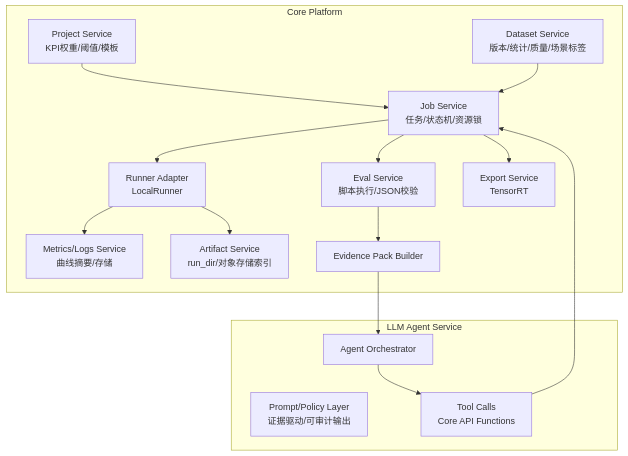
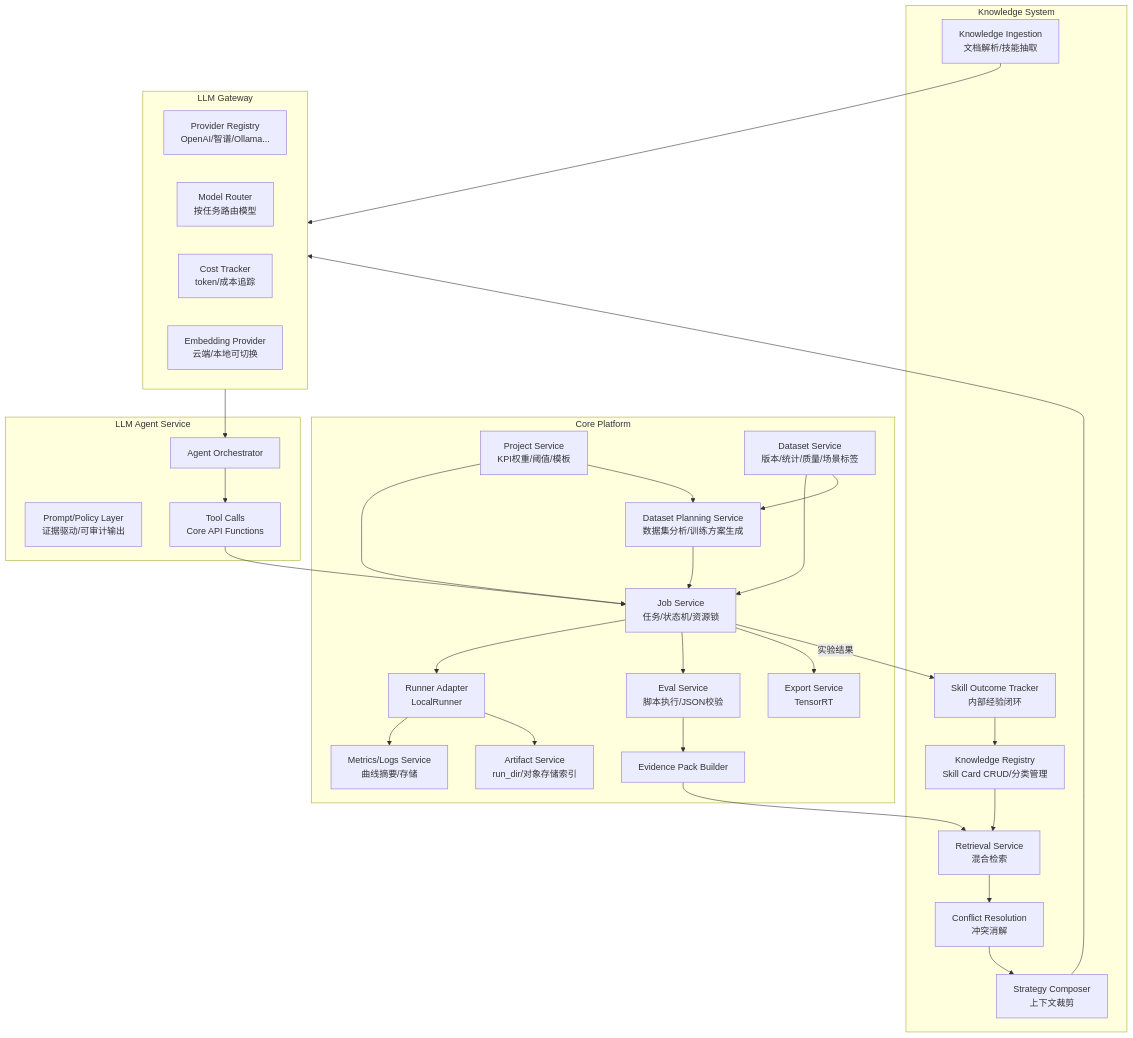
Before and after one commit to oneraylee/autopot: the diagram in docs/init/3.模块设计文档.md, drawn with Mermaid. The commit also changed other lines of this file and 14 other files, not shown here.

````diff
--- a/docs/init/3.模块设计文档.md
+++ b/docs/init/3.模块设计文档.md
@@ -4,32 +4,62 @@
 ```mermaid
 flowchart TB
   subgraph Core[Core Platform]
     P1[Project Service<br/>KPI权重/阈值/模板]
     D1[Dataset Service<br/>版本/统计/质量/场景标签]
+    DP[Dataset Planning Service<br/>数据集分析/训练方案生成]
     J1[Job Service<br/>任务/状态机/资源锁]
     R1[Runner Adapter<br/>LocalRunner]
     M1[Metrics/Logs Service<br/>曲线摘要/存储]
     A1[Artifact Service<br/>run_dir/对象存储索引]
     E1[Eval Service<br/>脚本执行/JSON校验]
     EP[Evidence Pack Builder]
     X1[Export Service<br/>TensorRT]
   end
 
-  subgraph LLM[LLM Agent Service]
+  subgraph KS[Knowledge System]
+    KI[Knowledge Ingestion<br/>文档解析/技能抽取]
+    KR[Knowledge Registry<br/>Skill Card CRUD/分类管理]
+    RT[Retrieval Service<br/>混合检索]
+    CF[Conflict Resolution<br/>冲突消解]
+    SC[Strategy Composer<br/>上下文裁剪]
+    OT[Skill Outcome Tracker<br/>内部经验闭环]
+  end
+
+  subgraph GW[LLM Gateway]
+    PR1[Provider Registry<br/>OpenAI/智谱/Ollama...]
+    MR[Model Router<br/>按任务路由模型]
+    CT[Cost Tracker<br/>token/成本追踪]
+    EMB[Embedding Provider<br/>云端/本地可切换]
+  end
+
+  subgraph Agent[LLM Agent Service]
     AG[Agent Orchestrator]
     PR[Prompt/Policy Layer<br/>证据驱动/可审计输出]
     TOOLS[Tool Calls<br/>Core API Functions]
   end
 
   P1 --> J1
   D1 --> J1
+  D1 --> DP
+  P1 --> DP
+  DP --> J1
   J1 --> R1
   R1 --> M1
   R1 --> A1
   J1 --> E1
   E1 --> EP
-  EP --> AG
+
+  EP --> RT
+  KR --> RT
+  RT --> CF
+  CF --> SC
+  SC --> GW
+  GW --> AG
+  KI --> GW
   AG --> TOOLS
   TOOLS --> J1
   J1 --> X1
+
+  J1 -->|实验结果| OT
+  OT --> KR
 ```
````
